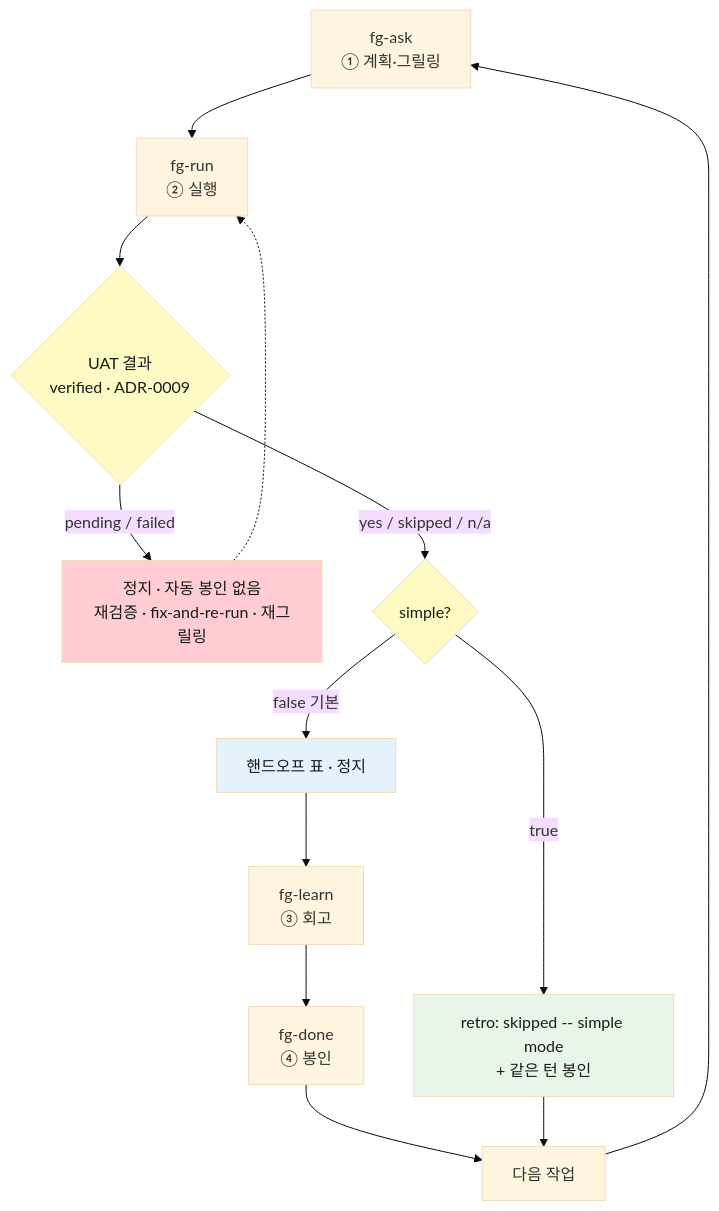
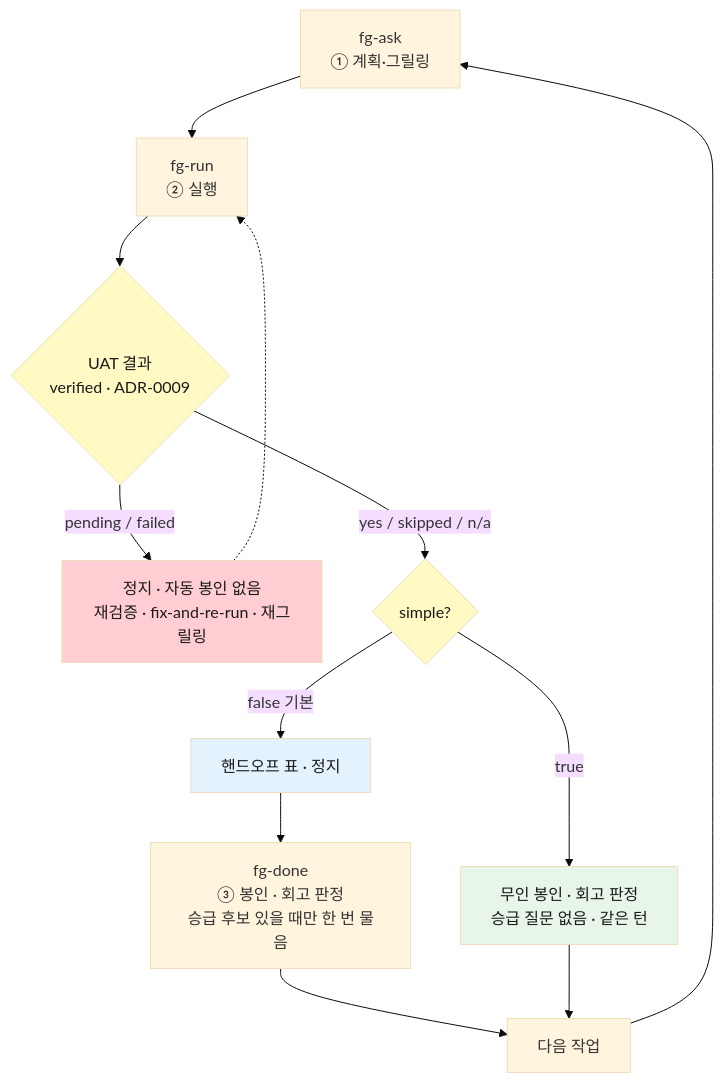
Before and after one commit to gyuha/forge: the diagram in docs/config-modes.md, drawn with Mermaid (base theme). The commit also changed other lines of this file and 77 other files, not shown here.

````diff
--- a/docs/config-modes.md
+++ b/docs/config-modes.md
@@ -71,20 +71,19 @@
 ```mermaid
 flowchart TD
     ASK[fg-ask<br/>① 계획·그릴링] --> RUN[fg-run<br/>② 실행]
     RUN --> UAT{UAT 결과<br/>verified · ADR-0009}
     UAT -->|pending / failed| STOP[정지 · 자동 봉인 없음<br/>재검증 · fix-and-re-run · 재그릴링]
     STOP -.-> RUN
     UAT -->|yes / skipped / n/a| S{simple?}
     S -->|false 기본| HAND[핸드오프 표 · 정지]
-    HAND --> LEARN[fg-learn<br/>③ 회고]
-    LEARN --> DONE1[fg-done<br/>④ 봉인]
-    S -->|true| AUTO[retro: skipped -- simple mode<br/>+ 같은 턴 봉인]
+    HAND --> DONE1[fg-done<br/>③ 봉인 · 회고 판정<br/>승급 후보 있을 때만 한 번 물음]
+    S -->|true| AUTO[무인 봉인 · 회고 판정<br/>승급 질문 없음 · 같은 턴]
     DONE1 --> NEXT[다음 작업]
     AUTO --> NEXT
     NEXT --> ASK
     style UAT fill:#fff9c4,color:#1a1a1a
     style S fill:#fff9c4,color:#1a1a1a
     style AUTO fill:#e8f5e9,color:#1a1a1a
     style STOP fill:#ffcdd2,color:#1a1a1a
     style HAND fill:#e3f2fd,color:#1a1a1a
 ```
````
